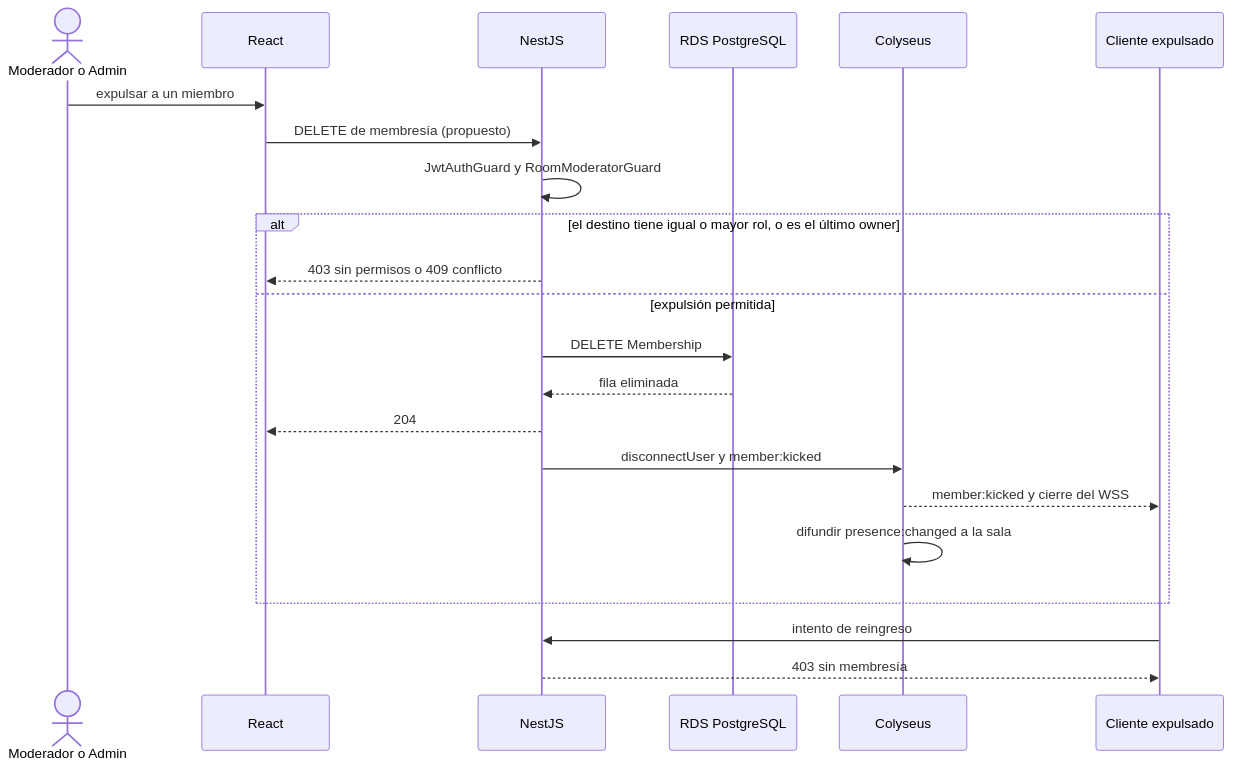
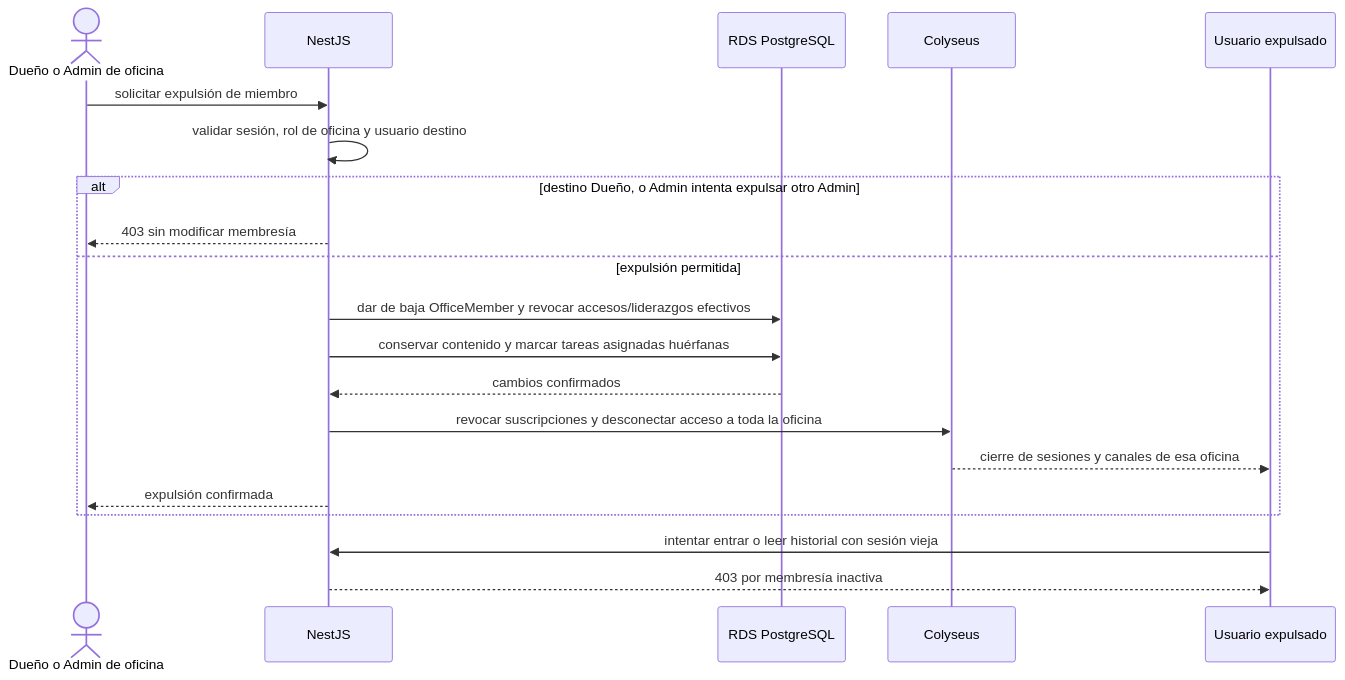
One commit to Agustin742/integratec-final-back changed the third of 6 diagrams in docs/diagrams/04-behavioral/admin-flows.md. Above: the diagram before and after it, drawn with Mermaid. The commit also changed other lines of this file, not shown here.

Commit message:
docs(diagrams): model office lifecycle and scoped administration flows

````diff
--- a/docs/diagrams/04-behavioral/admin-flows.md
+++ b/docs/diagrams/04-behavioral/admin-flows.md
@@ -99,25 +88,23 @@
 ```mermaid
 sequenceDiagram
-    actor admin as Moderador o Admin
-    participant web as React
+    actor manager as Dueño o Admin de oficina
     participant api as NestJS
     participant db as RDS PostgreSQL
-    participant colyseus as Colyseus
-    participant target as Cliente expulsado
+    participant col as Colyseus
+    participant target as Usuario expulsado
 
-    admin->>web: expulsar a un miembro
-    web->>api: DELETE de membresía (propuesto)
-    api->>api: JwtAuthGuard y RoomModeratorGuard
-    alt el destino tiene igual o mayor rol, o es el último owner
-        api-->>web: 403 sin permisos o 409 conflicto
+    manager->>api: solicitar expulsión de miembro
+    api->>api: validar sesión, rol de oficina y usuario destino
+    alt destino Dueño, o Admin intenta expulsar otro Admin
+        api-->>manager: 403 sin modificar membresía
     else expulsión permitida
-        api->>db: DELETE Membership
-        db-->>api: fila eliminada
-        api-->>web: 204
-        api->>colyseus: disconnectUser y member:kicked
-        colyseus-->>target: member:kicked y cierre del WSS
-        colyseus->>colyseus: difundir presence:changed a la sala
+        api->>db: dar de baja OfficeMember y revocar accesos/liderazgos efectivos
+        api->>db: conservar contenido y marcar tareas asignadas huérfanas
+        db-->>api: cambios confirmados
+        api->>col: revocar suscripciones y desconectar acceso a toda la oficina
+        col-->>target: cierre de sesiones y canales de esa oficina
+        api-->>manager: expulsión confirmada
     end
-    target->>api: intento de reingreso
-    api-->>target: 403 sin membresía
+    target->>api: intentar entrar o leer historial con sesión vieja
+    api-->>target: 403 por membresía inactiva
 ```
````
